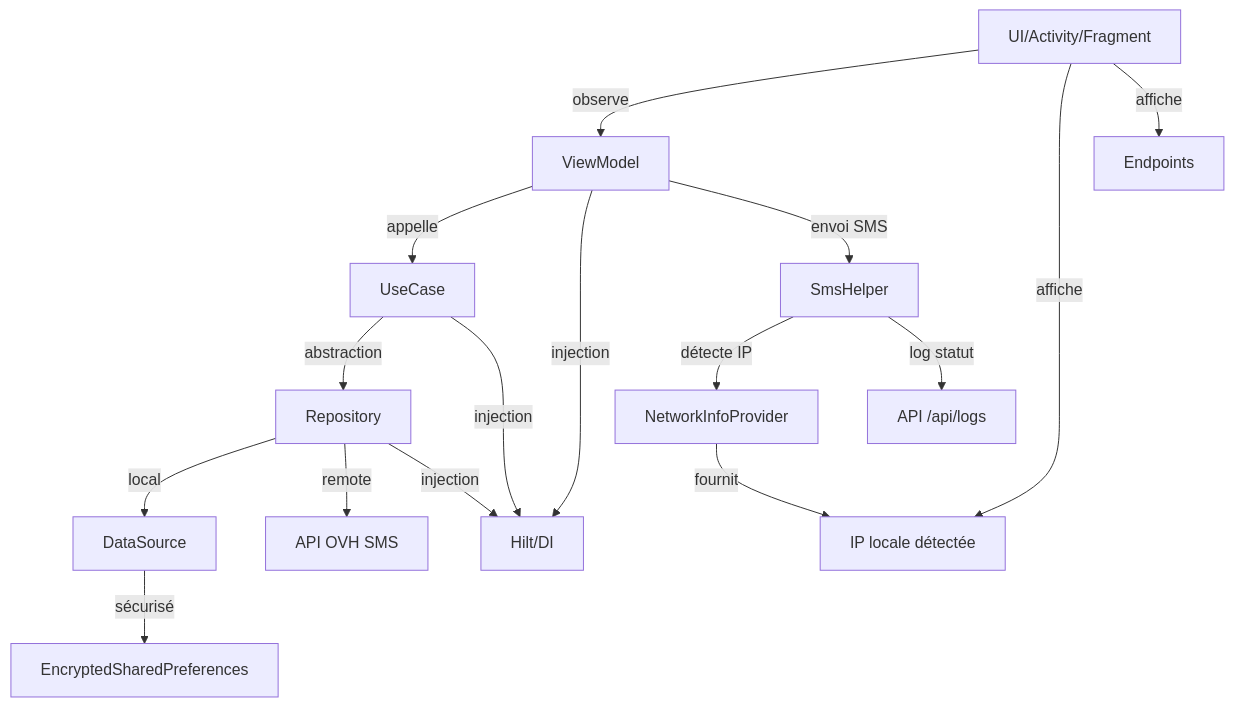
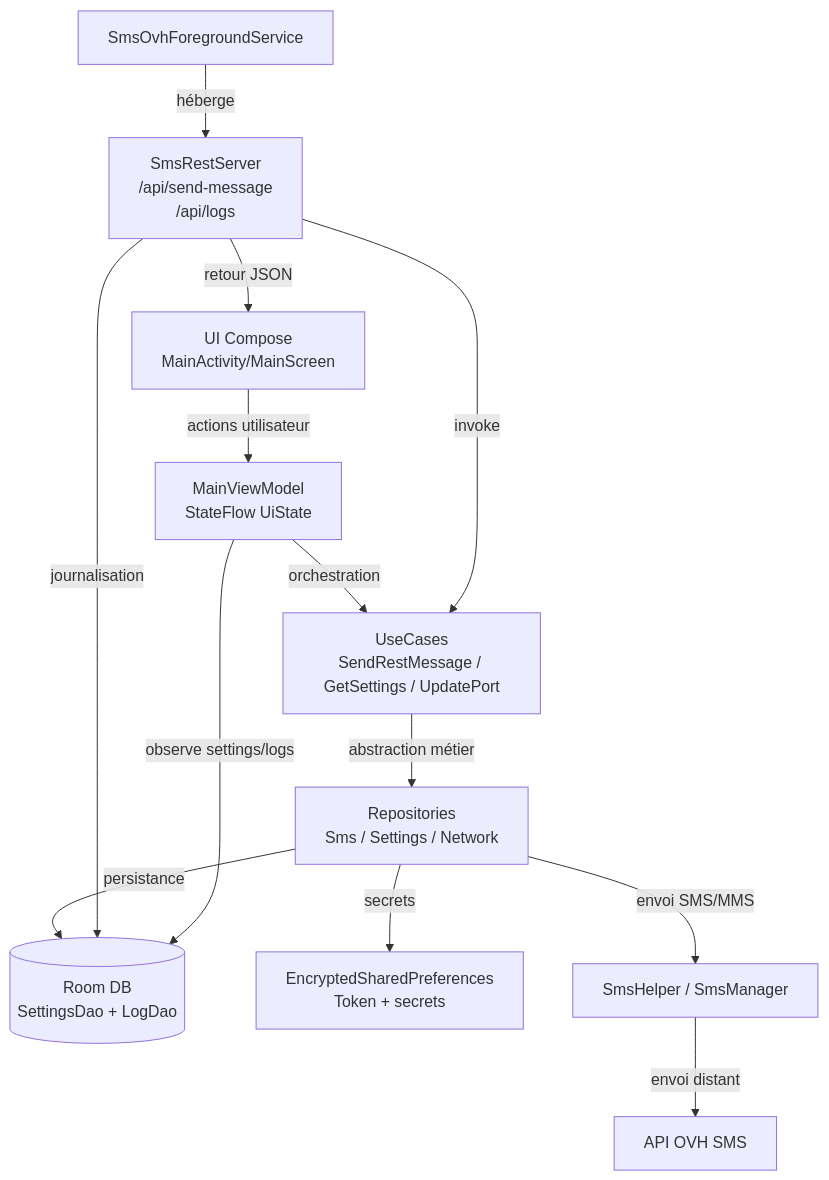
The diagram in README.md (nemo2506/SMS-OVH), drawn with Mermaid before and after one commit. The commit also changed other lines of this file, not shown here.

Commit message:
docs: replace static IP with generic REST base URL

````diff
--- a/README.md
+++ b/README.md
@@ -37,31 +37,27 @@
 ```mermaid
 flowchart TD
-    UI[UI/Activity/Fragment]
-    VM[ViewModel]
-    UC[UseCase]
-    Repo[Repository]
-    DS[DataSource]
-    ESP[EncryptedSharedPreferences]
+    UI[UI Compose\nMainActivity/MainScreen]
+    VM[MainViewModel\nStateFlow UiState]
+    UC[UseCases\nSendRestMessage / GetSettings / UpdatePort]
+    REPO[Repositories\nSms / Settings / Network]
+    ROOM[(Room DB\nSettingsDao + LogDao)]
+    SEC[EncryptedSharedPreferences\nToken + secrets]
+    FG[SmsOvhForegroundService]
+    REST[SmsRestServer\n/api/send-message\n/api/logs]
+    SMS[SmsHelper / SmsManager]
     API[API OVH SMS]
-    Hilt[Hilt/DI]
-    SH[SmsHelper]
-    NIP[NetworkInfoProvider]
-    LOGS[API /api/logs]
-    IP[IP locale détectée]
 
-    UI -->|observe| VM
-    VM -->|appelle| UC
-    UC -->|abstraction| Repo
-    Repo -->|local| DS
-    Repo -->|remote| API
-    DS -->|sécurisé| ESP
-    VM -->|injection| Hilt
-    UC -->|injection| Hilt
-    Repo -->|injection| Hilt
-    VM -->|envoi SMS| SH
-    SH -->|détecte IP| NIP
-    NIP -->|fournit| IP
-    SH -->|log statut| LOGS
-    UI -->|affiche| IP
-    UI -->|affiche| Endpoints
+    UI -->|actions utilisateur| VM
+    VM -->|orchestration| UC
+    UC -->|abstraction métier| REPO
+    REPO -->|persistance| ROOM
+    REPO -->|secrets| SEC
+    REPO -->|envoi SMS/MMS| SMS
+    SMS -->|envoi distant| API
+
+    FG -->|héberge| REST
+    REST -->|invoke| UC
+    REST -->|retour JSON| UI
+    REST -->|journalisation| ROOM
+    VM -->|observe settings/logs| ROOM
 ```
````
